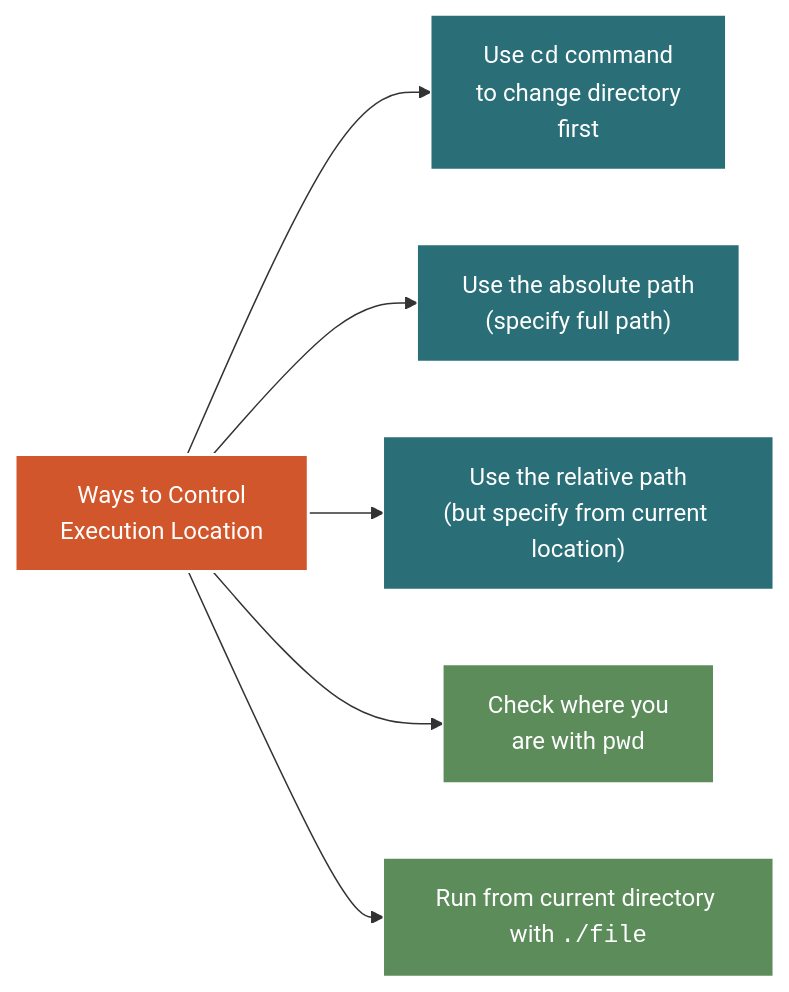
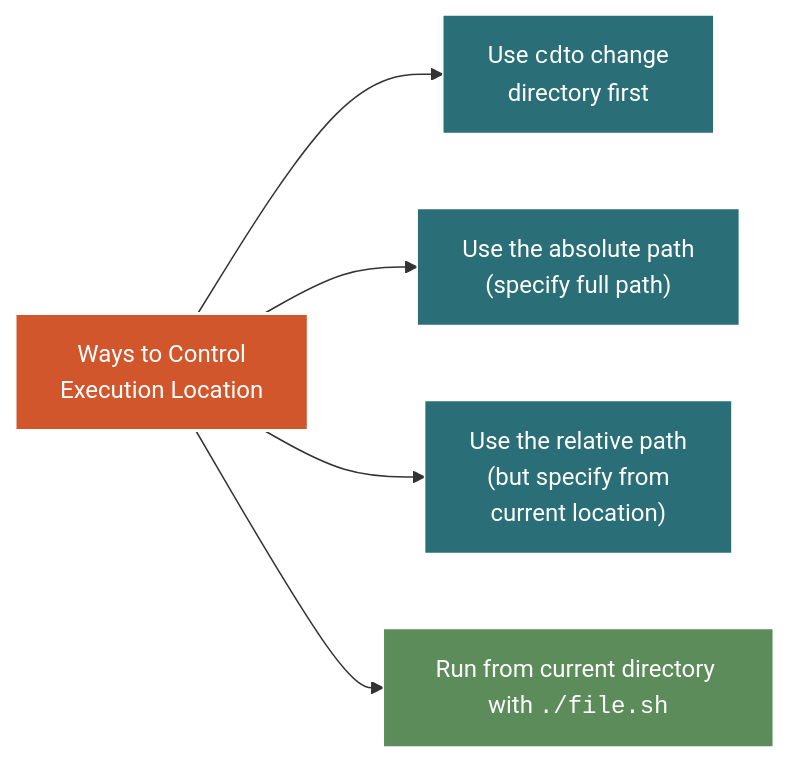
The third of 4 diagrams in lab09.qmd (mjfrigaard/do4ds-labs), drawn with Mermaid before and after one commit. The commit also changed other lines of this file and 21 other files, not shown here.

````diff
--- a/lab09.qmd
+++ b/lab09.qmd
@@ -109,28 +108,25 @@
 ```{mermaid}
 %%| fig-cap: 'Ways to Control Execution Location'
 %%| fig-width: 8.0
 %%| fig-align: 'center'
 %%{init: {'theme': 'base', 'themeVariables': {'fontFamily': 'monospace'}}}}%%
 
 graph LR
     Control["Ways to Control<br>Execution Location"]
 
-    CD["Use <code>cd</code> command<br/>to change directory<br>first"]
+    CD["Use <code>cd</code>to change<br>directory first"]
     ABS["Use the absolute path<br/>(specify full path)"]
-    REL["Use the relative path<br/>(but specify from current location)"]
-    PWD["Check where you<br>are with <code>pwd</code>"]
-    Dot["Run from current directory with <code>./file</code>"]
+    REL["Use the relative path<br/>(but specify from<br>current location)"]
+    Dot["Run from current directory with <code>./file.sh</code>"]
 
     Control --> CD
     Control --> ABS
     Control --> REL
-    Control --> PWD
     Control --> Dot
 
     style Control fill:#d2562b,stroke:#fff,stroke-width:2px,color:#fff
     style CD fill:#2a6f77,stroke:#fff,stroke-width:1px,color:#fff
     style ABS fill:#2a6f77,stroke:#fff,stroke-width:1px,color:#fff
     style REL fill:#2a6f77,stroke:#fff,stroke-width:1px,color:#fff
-    style PWD fill:#5b8c5a,stroke:#fff,stroke-width:1px,color:#fff
     style Dot fill:#5b8c5a,stroke:#fff,stroke-width:1px,color:#fff
 ```
````
